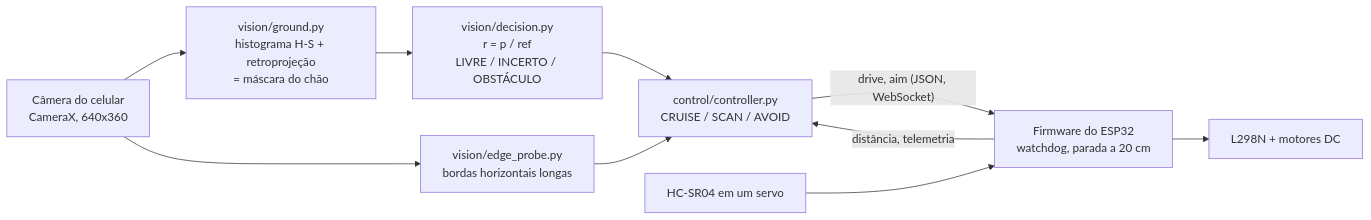
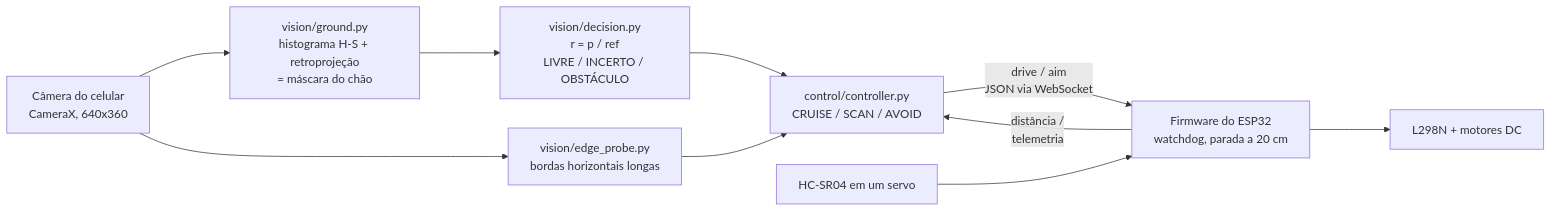
Before and after one commit to allvaret/esp32-self-driving-car: the diagram in README.pt-BR.md, drawn with Mermaid. The commit also changed other lines of this file and 8 other files, not shown here.

````diff
--- a/README.pt-BR.md
+++ b/README.pt-BR.md
@@ -51,12 +51,13 @@
 ```mermaid
+%%{init: {"flowchart": {"nodeSpacing": 40, "rankSpacing": 110}}}%%
 flowchart LR
     CAM["Câmera do celular<br/>CameraX, 640x360"] --> G["vision/ground.py<br/>histograma H-S + retroprojeção<br/>= máscara do chão"]
     CAM --> E["vision/edge_probe.py<br/>bordas horizontais longas"]
     G --> D["vision/decision.py<br/>r = p / ref<br/>LIVRE / INCERTO / OBSTÁCULO"]
     D --> C["control/controller.py<br/>CRUISE / SCAN / AVOID"]
     E --> C
-    C -- "drive, aim (JSON, WebSocket)" --> F["Firmware do ESP32<br/>watchdog, parada a 20 cm"]
-    F -- "distância, telemetria" --> C
+    C -- "drive / aim<br/>JSON via WebSocket" --> F["Firmware do ESP32<br/>watchdog, parada a 20 cm"]
+    F -- "distância /<br/>telemetria" --> C
     F --> M["L298N + motores DC"]
     S["HC-SR04 em um servo"] --> F
 ```
````
